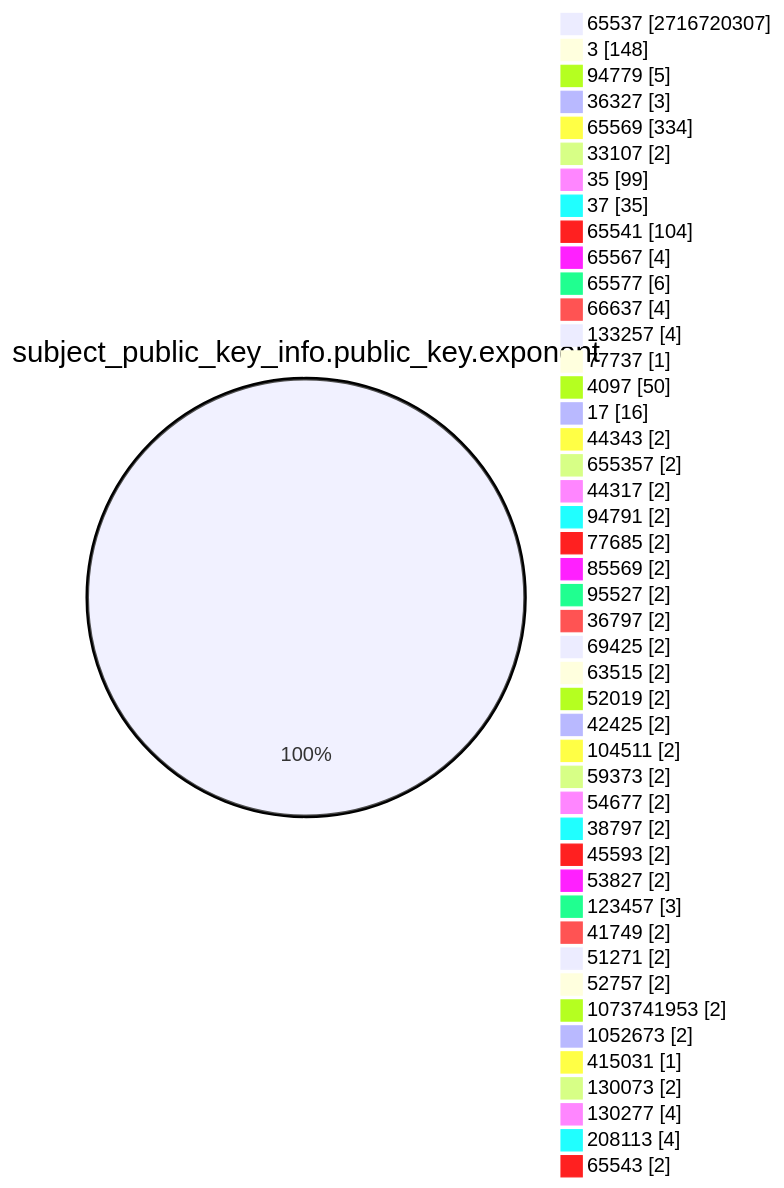
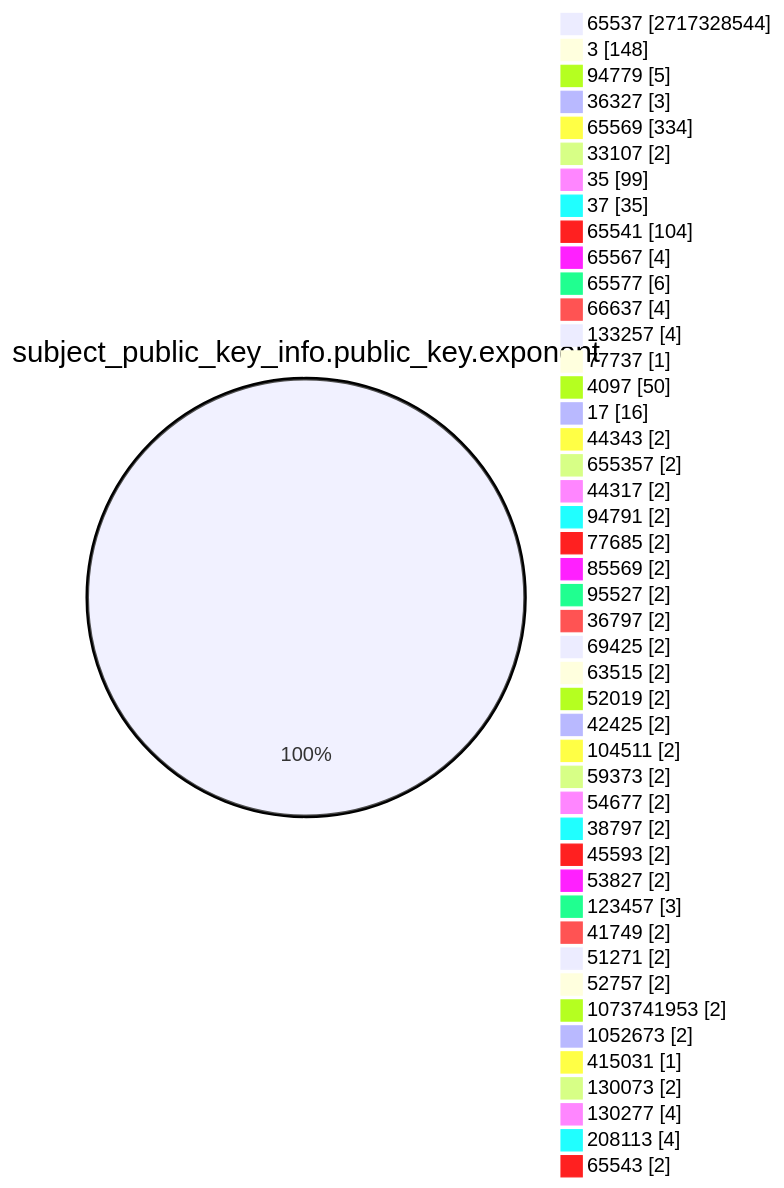
The fourth of 15 diagrams in TOTAL/README.md (christiankrug/ctmonitor_visualization), drawn with Mermaid before and after one commit. The commit also changed other lines of this file, not shown here.

````diff
--- a/TOTAL/README.md
+++ b/TOTAL/README.md
@@ -1467,49 +1467,49 @@
 ```mermaid
 pie showData
 title subject_public_key_info.public_key.exponent
-"65537" :2716720307
+"65537" :2717328544
 "3" :148
 "94779" :5
 "36327" :3
 "65569" :334
 "33107" :2
 "35" :99
 "37" :35
 "65541" :104
 "65567" :4
 "65577" :6
 "66637" :4
 "133257" :4
 "77737" :1
 "4097" :50
 "17" :16
 "44343" :2
 "655357" :2
 "44317" :2
 "94791" :2
 "77685" :2
 "85569" :2
 "95527" :2
 "36797" :2
 "69425" :2
 "63515" :2
 "52019" :2
 "42425" :2
 "104511" :2
 "59373" :2
 "54677" :2
 "38797" :2
 "45593" :2
 "53827" :2
 "123457" :3
 "41749" :2
 "51271" :2
 "52757" :2
 "1073741953" :2
 "1052673" :2
 "415031" :1
 "130073" :2
 "130277" :4
 "208113" :4
 "65543" :2
 ```
````
